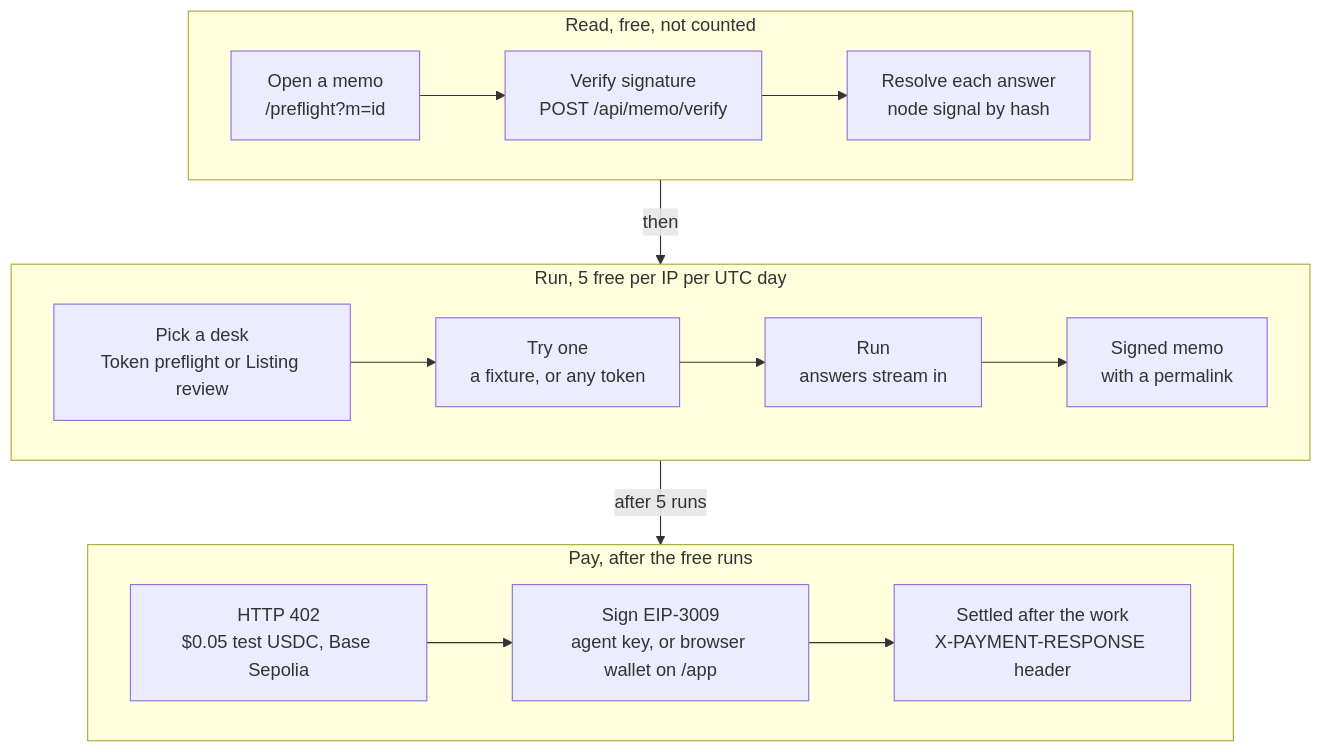
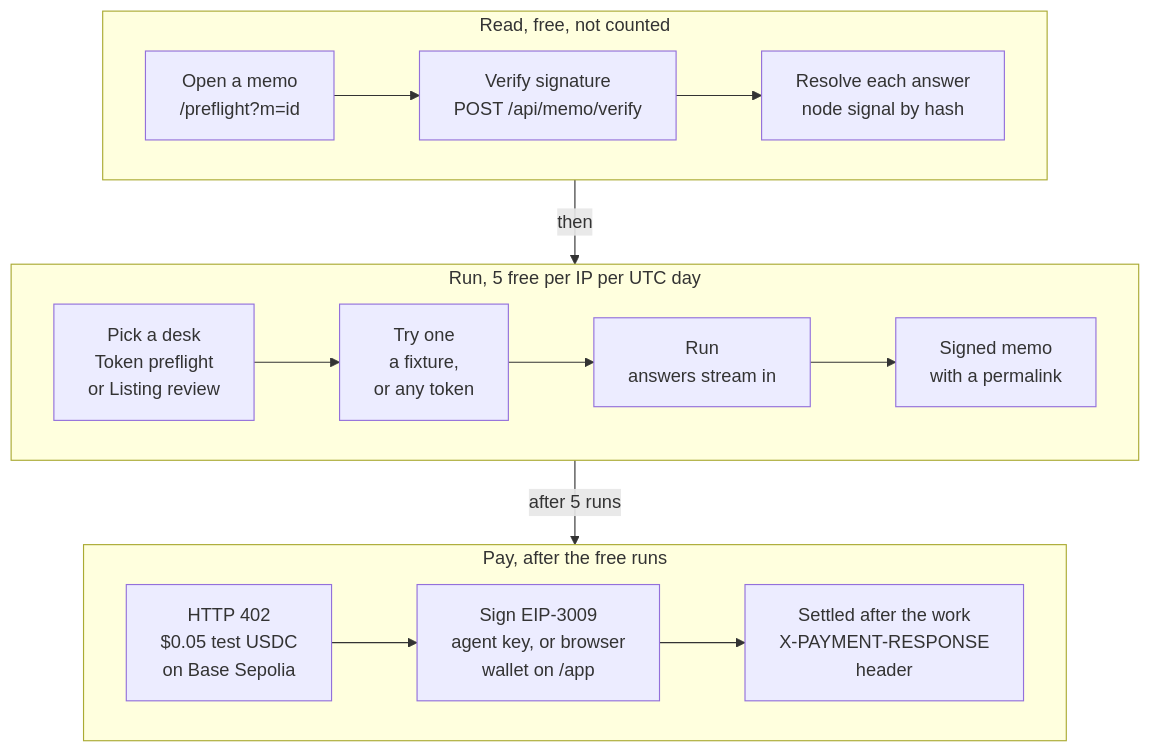
Before and after one commit to mrnetwork0001/Truvian: the seventh of 7 diagrams in README.md, drawn with Mermaid. The commit also changed other lines of this file, not shown here.

````diff
--- a/README.md
+++ b/README.md
@@ -264,21 +317,21 @@
 ```mermaid
 flowchart TB
   subgraph S1["Read, free, not counted"]
     direction LR
     A["Open a memo<br/>/preflight?m=id"] --> B["Verify signature<br/>POST /api/memo/verify"]
     B --> C["Resolve each answer<br/>node signal by hash"]
   end
   subgraph S2["Run, 5 free per IP per UTC day"]
     direction LR
-    D["Pick a desk<br/>Token preflight or Listing review"] --> E["Try one<br/>a fixture, or any token"]
+    D["Pick a desk<br/>Token preflight<br/>or Listing review"] --> E["Try one<br/>a fixture,<br/>or any token"]
     E --> F["Run<br/>answers stream in"]
     F --> G["Signed memo<br/>with a permalink"]
   end
   subgraph S3["Pay, after the free runs"]
     direction LR
-    H["HTTP 402<br/>$0.05 test USDC, Base Sepolia"] --> I["Sign EIP-3009<br/>agent key, or browser wallet on /app"]
-    I --> J["Settled after the work<br/>X-PAYMENT-RESPONSE header"]
+    H["HTTP 402<br/>$0.05 test USDC<br/>on Base Sepolia"] --> I["Sign EIP-3009<br/>agent key, or browser<br/>wallet on /app"]
+    I --> J["Settled after the work<br/>X-PAYMENT-RESPONSE<br/>header"]
   end
   S1 -- "then" --> S2
   S2 -- "after 5 runs" --> S3
 ```
````
